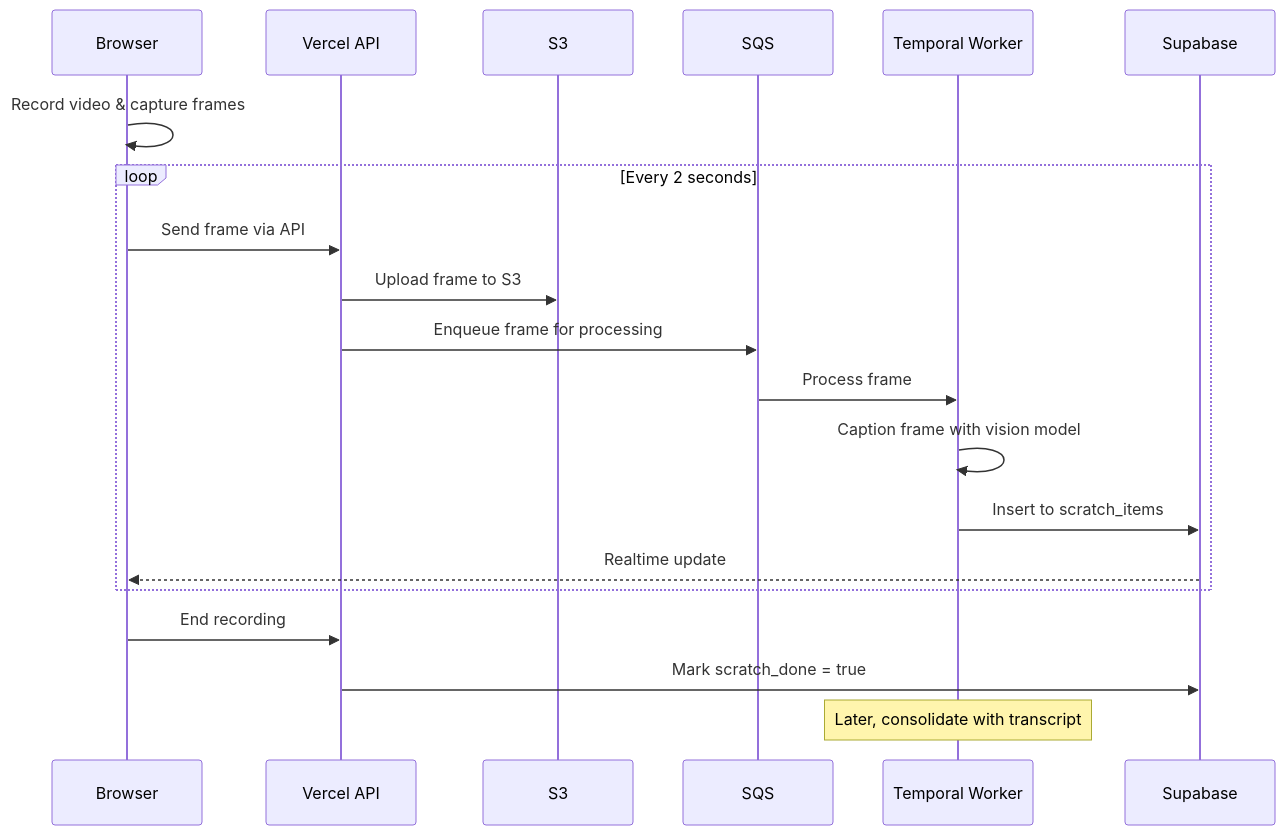
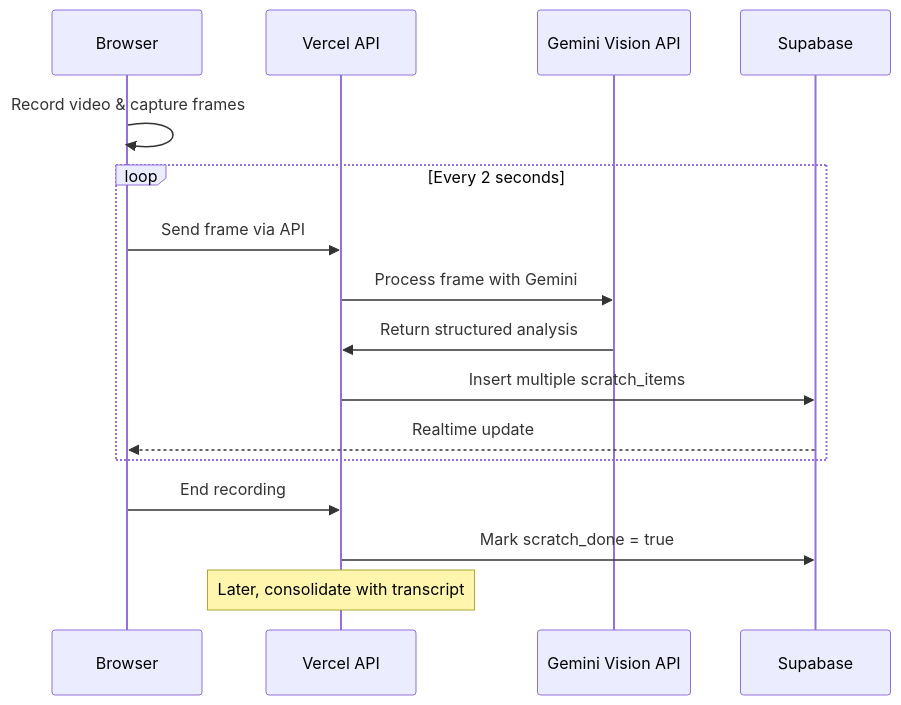
One commit to adamziff/padlox changed the diagram in docs/real-time-analysis.md. Above: the diagram before and after it, drawn with Mermaid. The commit also changed other lines of this file and 16 other files, not shown here.

````diff
--- a/docs/real-time-analysis.md
+++ b/docs/real-time-analysis.md
@@ -9,23 +9,19 @@
 ```mermaid
 sequenceDiagram
     participant Browser
     participant Vercel as Vercel API
-    participant S3
-    participant SQS
-    participant Temporal as Temporal Worker
+    participant Gemini as Gemini Vision API
     participant Supabase
     
     Browser->>Browser: Record video & capture frames
     loop Every 2 seconds
         Browser->>Vercel: Send frame via API
-        Vercel->>S3: Upload frame to S3
-        Vercel->>SQS: Enqueue frame for processing
-        SQS->>Temporal: Process frame
-        Temporal->>Temporal: Caption frame with vision model
-        Temporal->>Supabase: Insert to scratch_items
+        Vercel->>Gemini: Process frame with Gemini
+        Gemini->>Vercel: Return structured analysis
+        Vercel->>Supabase: Insert multiple scratch_items
         Supabase-->>Browser: Realtime update
     end
     Browser->>Vercel: End recording
     Vercel->>Supabase: Mark scratch_done = true
-    Note over Temporal: Later, consolidate with transcript
+    Note over Vercel: Later, consolidate with transcript
 ```
````
